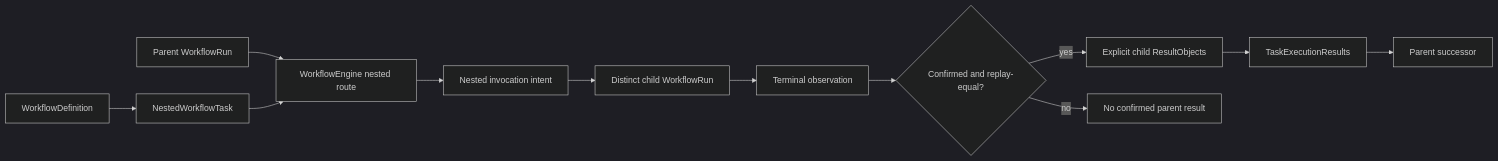
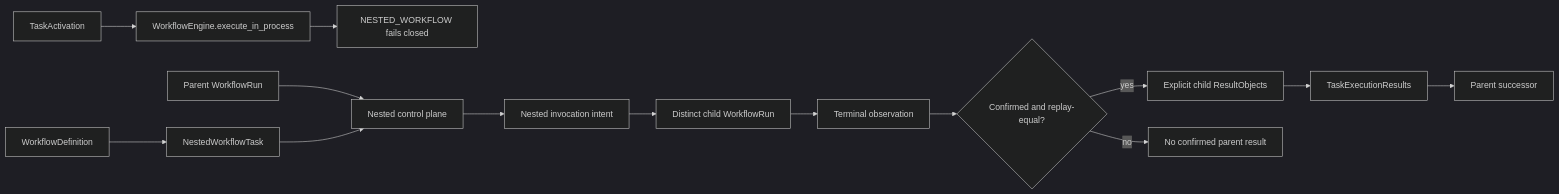
Before and after one commit to eragasa/ksdft2effmass: the diagram in docs/architecture/v2/ksdft2effmass/workflows/NestedWorkflowTask/schematic.md, drawn with Mermaid (dark theme). The commit also changed other lines of this file and 8 other files, not shown here.

Commit message:
docs(architecture): resolve nominal ABC review findings

````diff
--- a/docs/architecture/v2/ksdft2effmass/workflows/NestedWorkflowTask/schematic.md
+++ b/docs/architecture/v2/ksdft2effmass/workflows/NestedWorkflowTask/schematic.md
@@ -3,14 +3,16 @@
 ```mermaid
 flowchart LR
-    parent[Parent WorkflowRun] --> engine[WorkflowEngine nested route]
-    task[NestedWorkflowTask] --> engine
+    activation[TaskActivation] --> engine[WorkflowEngine.execute_in_process]
+    engine --> closed[NESTED_WORKFLOW fails closed]
+    parent[Parent WorkflowRun] --> control[Nested control plane]
+    task[NestedWorkflowTask] --> control
     child_definition[WorkflowDefinition] --> task
-    engine --> intent[Nested invocation intent]
+    control --> intent[Nested invocation intent]
     intent --> child[Distinct child WorkflowRun]
     child --> terminal[Terminal observation]
     terminal --> confirmed{Confirmed and replay-equal?}
     confirmed -->|yes| export[Explicit child ResultObjects]
     export --> results[TaskExecutionResults]
     results --> successor[Parent successor]
     confirmed -->|no| none[No confirmed parent result]
 ```
````
